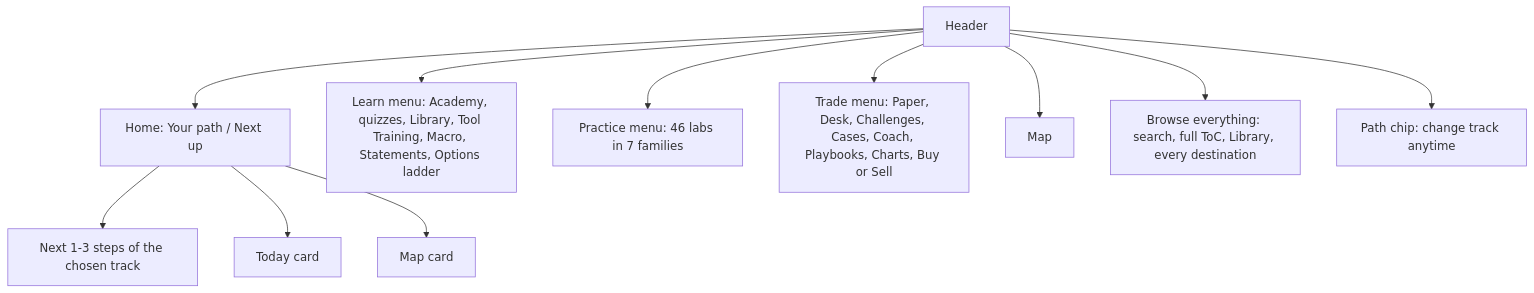
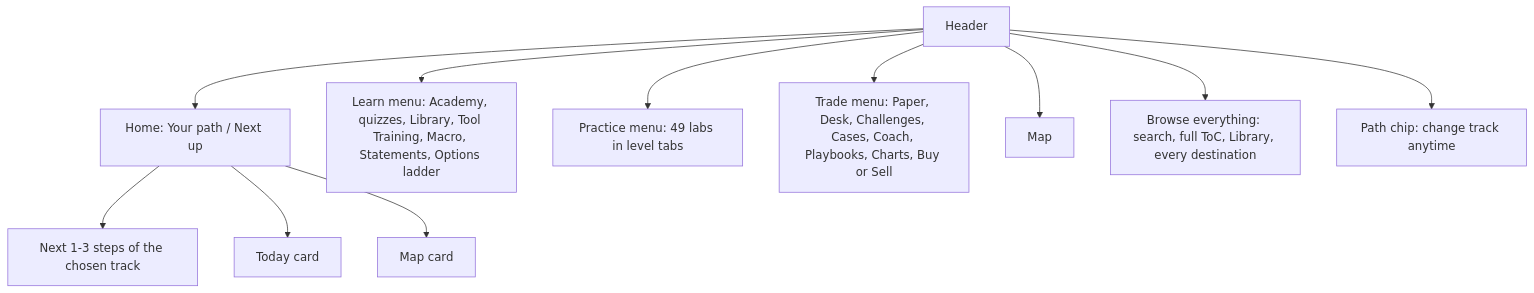
One commit to Siphon880gh/Stocks-Trainer changed the diagram in docs/projects/navigation/DIRECTIONAL-NAV-PROPOSAL.md. Above: the diagram before and after it, drawn with Mermaid. The commit also changed other lines of this file, not shown here.

Commit message:
Record the level tabs revision in the directional navigation proposal.

````diff
--- a/docs/projects/navigation/DIRECTIONAL-NAV-PROPOSAL.md
+++ b/docs/projects/navigation/DIRECTIONAL-NAV-PROPOSAL.md
@@ -183,13 +183,13 @@
 ```mermaid
 flowchart TD
   H[Header] --> Home[Home: Your path / Next up]
   H --> Learn[Learn menu: Academy, quizzes, Library, Tool Training, Macro, Statements, Options ladder]
-  H --> Practice[Practice menu: 46 labs in 7 families]
+  H --> Practice[Practice menu: 49 labs in level tabs]
   H --> Trade[Trade menu: Paper, Desk, Challenges, Cases, Coach, Playbooks, Charts, Buy or Sell]
   H --> Map[Map]
   H --> Browse[Browse everything: search, full ToC, Library, every destination]
   H --> Chip[Path chip: change track anytime]
   Home --> Next[Next 1-3 steps of the chosen track]
   Home --> Today[Today card]
   Home --> MapCard[Map card]
 ```
````
